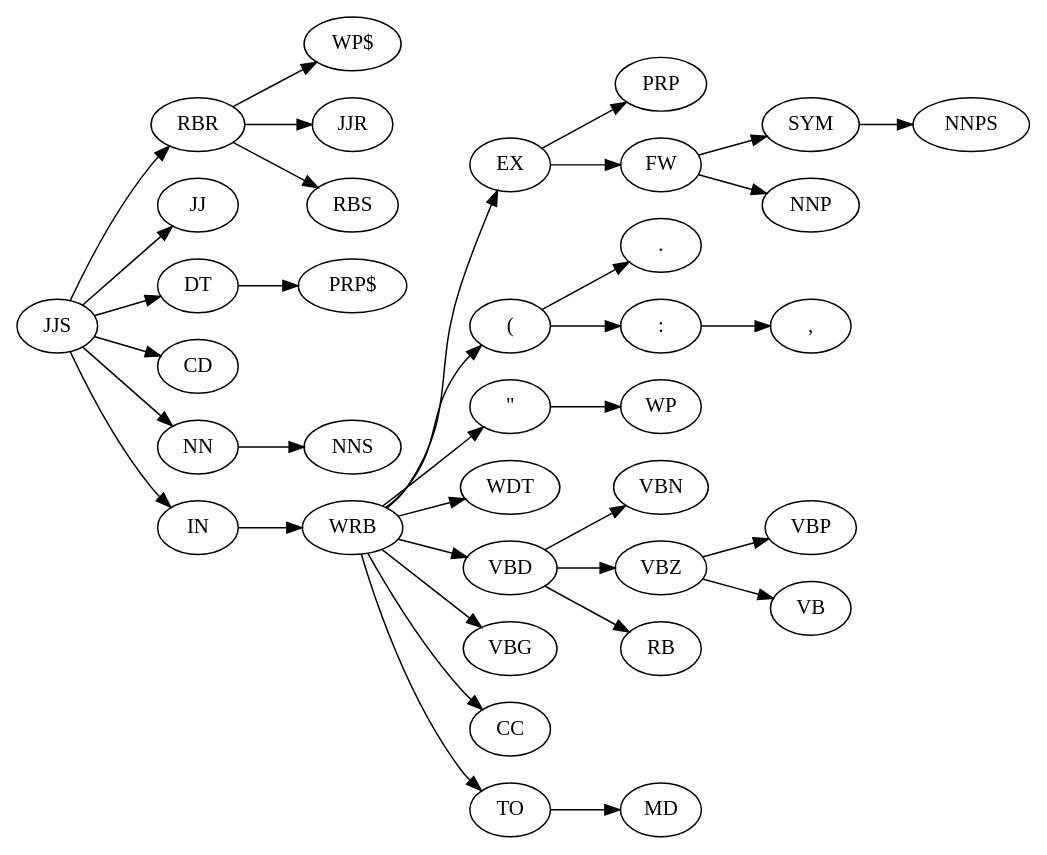
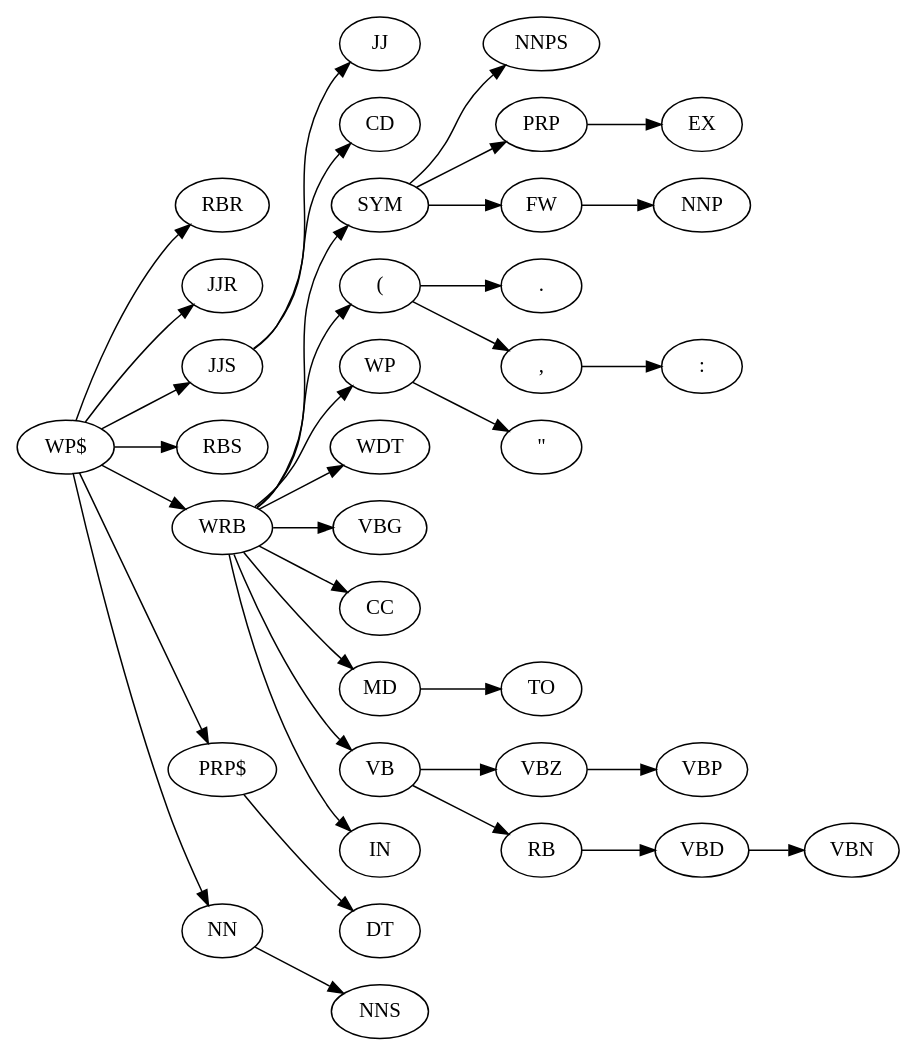
One commit to kukas/Words-and-The-Company-They-Keep changed the diagram in merge_trees/English tags.gv. Above: the diagram before and after it, drawn with Graphviz. The commit also changed 19 other files, not shown here.

```diff
--- a/merge_trees/English tags.gv
+++ b/merge_trees/English tags.gv
@@ -1,108 +1,108 @@
 digraph "English tags" {
 	rankdir=LR
+	"WP$" [label="WP$"]
 	RBR [label=RBR]
+	"WP$" -> RBR
 	"WP$" [label="WP$"]
-	RBR -> "WP$"
-	RBR [label=RBR]
 	JJR [label=JJR]
-	RBR -> JJR
+	"WP$" -> JJR
 	SYM [label=SYM]
 	NNPS [label=NNPS]
 	SYM -> NNPS
+	PRP [label=PRP]
 	EX [label=EX]
-	PRP [label=PRP]
-	EX -> PRP
+	PRP -> EX
 	FW [label=FW]
 	NNP [label=NNP]
 	FW -> NNP
 	"(" [label="("]
 	"." [label="."]
 	"(" -> "."
+	WP [label=WP]
 	"\"" [label="\""]
-	WP [label=WP]
-	"\"" -> WP
+	WP -> "\""
 	JJS [label=JJS]
 	JJ [label=JJ]
 	JJS -> JJ
-	RBR [label=RBR]
+	"WP$" [label="WP$"]
 	RBS [label=RBS]
-	RBR -> RBS
+	"WP$" -> RBS
 	WRB [label=WRB]
-	"\"" [label="\""]
-	WRB -> "\""
+	WP [label=WP]
+	WRB -> WP
+	"PRP$" [label="PRP$"]
 	DT [label=DT]
-	"PRP$" [label="PRP$"]
-	DT -> "PRP$"
+	"PRP$" -> DT
 	JJS [label=JJS]
 	CD [label=CD]
 	JJS -> CD
+	SYM [label=SYM]
 	FW [label=FW]
-	SYM [label=SYM]
-	FW -> SYM
+	SYM -> FW
 	WRB [label=WRB]
 	WDT [label=WDT]
 	WRB -> WDT
+	"," [label=","]
 	<colon> [label=":"]
-	"," [label=","]
-	<colon> -> ","
+	"," -> <colon>
 	VBD [label=VBD]
 	VBN [label=VBN]
 	VBD -> VBN
 	VBZ [label=VBZ]
 	VBP [label=VBP]
 	VBZ -> VBP
+	"WP$" [label="WP$"]
 	JJS [label=JJS]
-	RBR [label=RBR]
-	JJS -> RBR
+	"WP$" -> JJS
 	NN [label=NN]
 	NNS [label=NNS]
 	NN -> NNS
 	WRB [label=WRB]
 	VBG [label=VBG]
 	WRB -> VBG
 	"(" [label="("]
-	<colon> [label=":"]
-	"(" -> <colon>
+	"," [label=","]
+	"(" -> ","
 	WRB [label=WRB]
 	CC [label=CC]
 	WRB -> CC
+	MD [label=MD]
 	TO [label=TO]
+	MD -> TO
+	SYM [label=SYM]
+	PRP [label=PRP]
+	SYM -> PRP
+	RB [label=RB]
+	VBD [label=VBD]
+	RB -> VBD
+	VB [label=VB]
+	VBZ [label=VBZ]
+	VB -> VBZ
+	WRB [label=WRB]
+	SYM [label=SYM]
+	WRB -> SYM
+	WRB [label=WRB]
 	MD [label=MD]
-	TO -> MD
-	EX [label=EX]
-	FW [label=FW]
-	EX -> FW
-	VBD [label=VBD]
+	WRB -> MD
+	VB [label=VB]
 	RB [label=RB]
-	VBD -> RB
-	VBZ [label=VBZ]
+	VB -> RB
+	WRB [label=WRB]
 	VB [label=VB]
-	VBZ -> VB
-	WRB [label=WRB]
-	EX [label=EX]
-	WRB -> EX
-	WRB [label=WRB]
-	TO [label=TO]
-	WRB -> TO
-	VBD [label=VBD]
-	VBZ [label=VBZ]
-	VBD -> VBZ
-	WRB [label=WRB]
-	VBD [label=VBD]
-	WRB -> VBD
+	WRB -> VB
 	WRB [label=WRB]
 	"(" [label="("]
 	WRB -> "("
-	JJS [label=JJS]
-	DT [label=DT]
-	JJS -> DT
+	"WP$" [label="WP$"]
+	"PRP$" [label="PRP$"]
+	"WP$" -> "PRP$"
+	WRB [label=WRB]
 	IN [label=IN]
+	WRB -> IN
+	"WP$" [label="WP$"]
 	WRB [label=WRB]
-	IN -> WRB
-	JJS [label=JJS]
-	IN [label=IN]
-	JJS -> IN
-	JJS [label=JJS]
+	"WP$" -> WRB
+	"WP$" [label="WP$"]
 	NN [label=NN]
-	JJS -> NN
+	"WP$" -> NN
 }
```
